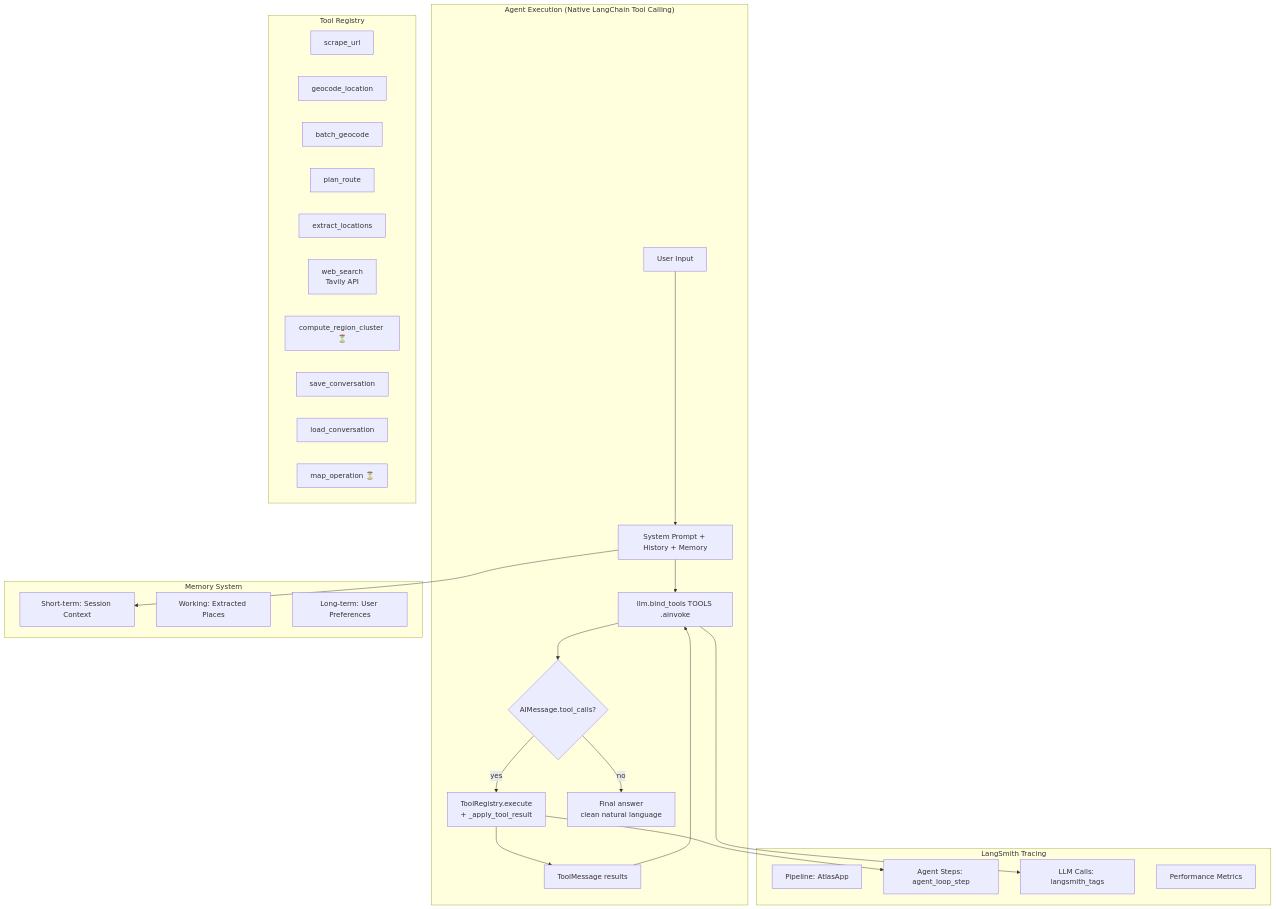
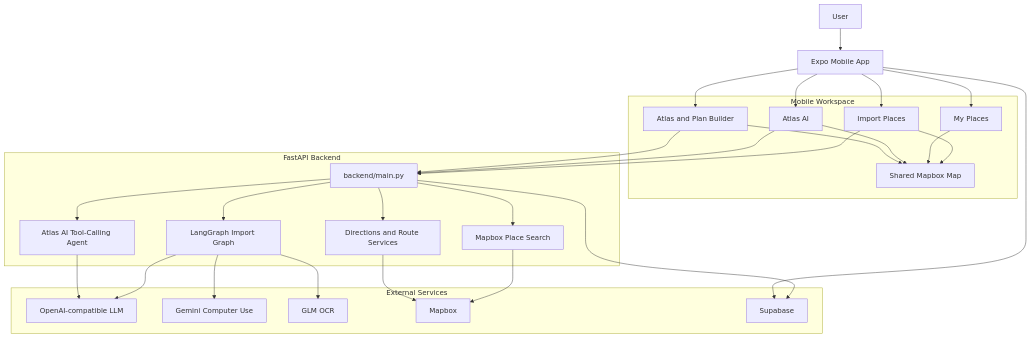
The first of 3 diagrams in README.md (zjwang168/atlas-mobile), drawn with Mermaid before and after one commit. The commit also changed other lines of this file and 4 other files, not shown here.

````diff
--- a/README.md
+++ b/README.md
@@ -132,42 +39,54 @@
 ```mermaid
 graph TD
-    subgraph "Agent Execution (Native LangChain Tool Calling)"
-        UI[User Input] --> CB[System Prompt + History + Memory]
-        CB --> LLM[llm.bind_tools TOOLS .ainvoke]
-        LLM --> TC{AIMessage.tool_calls?}
-        TC -->|yes| TREQ[ToolRegistry.execute<br/>+ _apply_tool_result]
-        TREQ --> TM[ToolMessage results]
-        TM --> LLM
-        TC -->|no| RESP[Final answer<br/>clean natural language]
+    U[User] --> M[Expo Mobile App]
+
+    subgraph "Mobile Workspace"
+        IMP[Import Places]
+        MP[My Places]
+        AI[Atlas AI]
+        AT[Atlas and Plan Builder]
+        MAP[Shared Mapbox Map]
     end
 
-    subgraph "Tool Registry"
-        T1[scrape_url]
-        T2[geocode_location]
-        T3[batch_geocode]
-        T4[plan_route]
-        T5[extract_locations]
-        T6[web_search<br/>Tavily API]
-        T7[compute_region_cluster ⏳]
-        T8[save_conversation]
-        T9[load_conversation]
-        T10[map_operation ⏳]
+    M --> IMP
+    M --> MP
+    M --> AI
+    M --> AT
+    IMP --> MAP
+    MP --> MAP
+    AI --> MAP
+    AT --> MAP
+
+    subgraph "FastAPI Backend"
+        API[backend/main.py]
+        GRAPH[LangGraph Import Graph]
+        CHAT[Atlas AI Tool-Calling Agent]
+        SEARCH[Mapbox Place Search]
+        ROUTE[Directions and Route Services]
     end
 
-    subgraph "Memory System"
-        M1[Short-term: Session Context]
-        M2[Working: Extracted Places]
-        M3[Long-term: User Preferences]
+    IMP --> API
+    AI --> API
+    AT --> API
+    API --> GRAPH
+    API --> CHAT
+    API --> SEARCH
+    API --> ROUTE
+
+    subgraph "External Services"
+        LLM[OpenAI-compatible LLM]
+        GEM[Gemini Computer Use]
+        OCR[GLM OCR]
+        MB[Mapbox]
+        DB[Supabase]
     end
 
-    subgraph "LangSmith Tracing"
-        LS1[Pipeline: AtlasApp]
-        LS2[Agent Steps: agent_loop_step]
-        LS3[LLM Calls: langsmith_tags]
-        LS4[Performance Metrics]
-    end
-
-    CB --> M1
-    LLM --> LS3
-    TREQ --> LS2
+    GRAPH --> LLM
+    GRAPH --> GEM
+    GRAPH --> OCR
+    CHAT --> LLM
+    SEARCH --> MB
+    ROUTE --> MB
+    API --> DB
+    M --> DB
 ```
````
